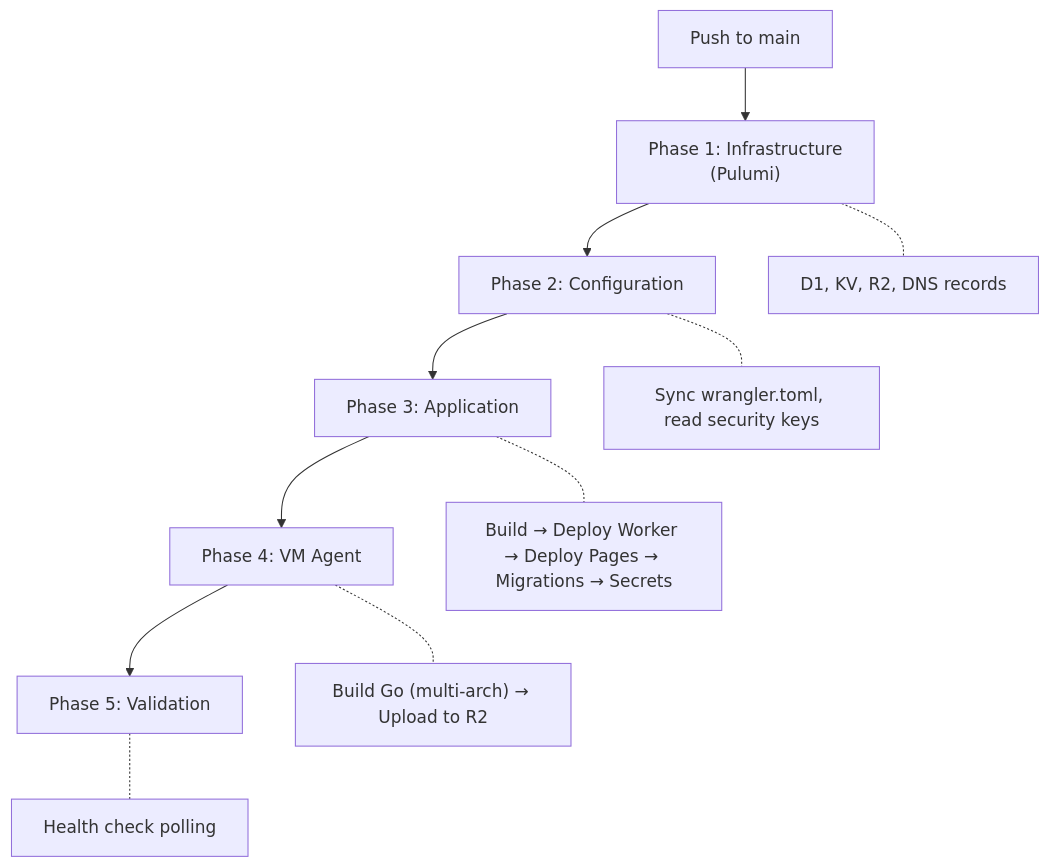
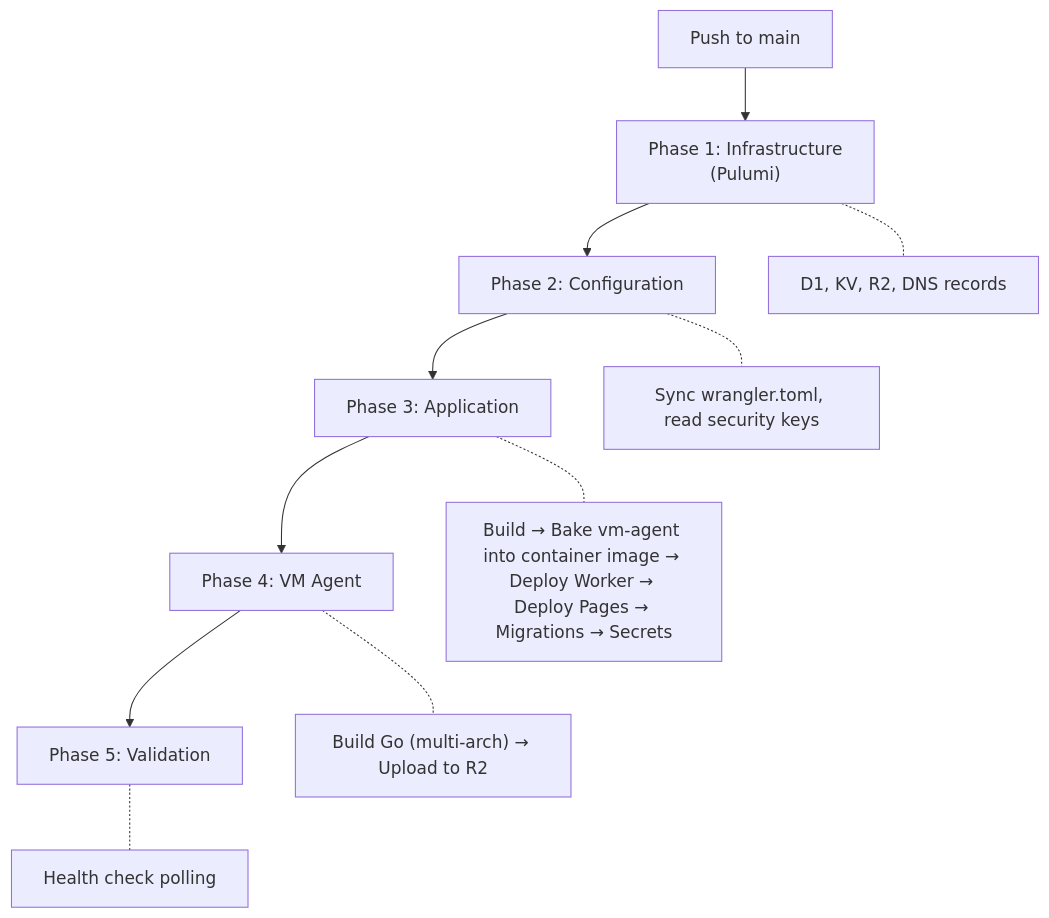
One commit to raphaeltm/simple-agent-manager changed the fifth of 5 diagrams in apps/www/src/content/docs/docs/architecture/overview.md. Above: the diagram before and after it, drawn with Mermaid. The commit also changed other lines of this file and 10 other files, not shown here.

````diff
--- a/apps/www/src/content/docs/docs/architecture/overview.md
+++ b/apps/www/src/content/docs/docs/architecture/overview.md
@@ -255,14 +255,14 @@
 ```mermaid
 graph TD
     PUSH["Push to main"] --> P1
     P1["Phase 1: Infrastructure<br/>(Pulumi)"] --> P2
     P1 -.- P1D["D1, KV, R2, DNS records"]
     P2["Phase 2: Configuration"] --> P3
     P2 -.- P2D["Sync wrangler.toml, read security keys"]
     P3["Phase 3: Application"] --> P4
-    P3 -.- P3D["Build → Deploy Worker → Deploy Pages → Migrations → Secrets"]
+    P3 -.- P3D["Build → Bake vm-agent into container image → Deploy Worker → Deploy Pages → Migrations → Secrets"]
     P4["Phase 4: VM Agent"] --> P5
     P4 -.- P4D["Build Go (multi-arch) → Upload to R2"]
     P5["Phase 5: Validation"]
     P5 -.- P5D["Health check polling"]
 ```
````
